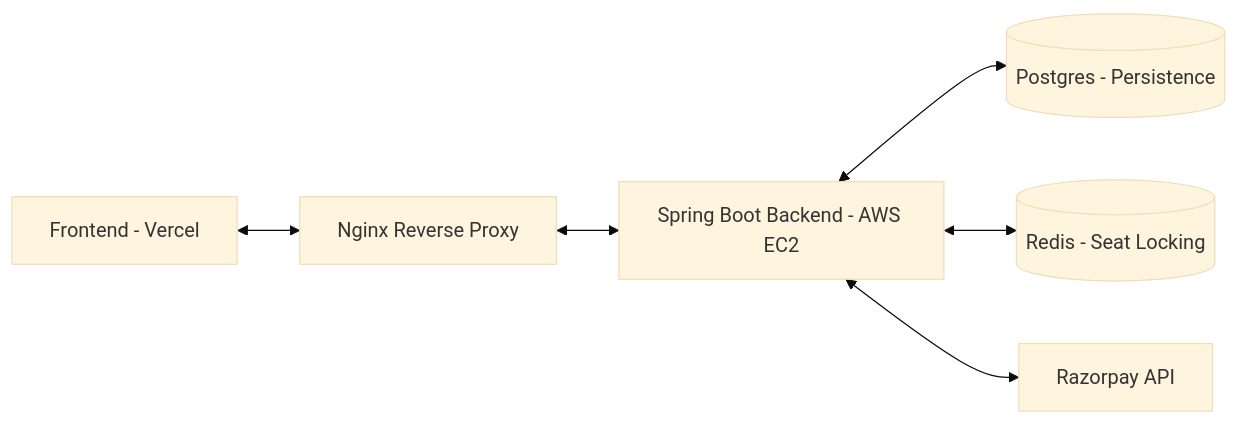
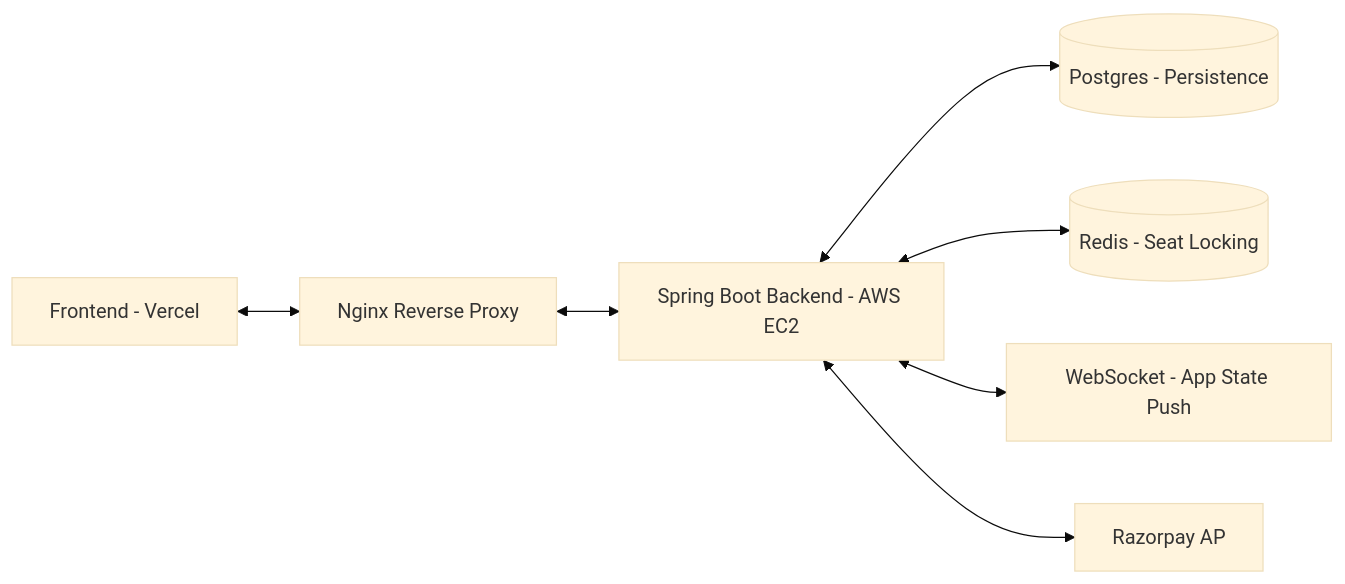
The diagram in README.md (simplyhemant/simplyCinema), drawn with Mermaid (base theme) before and after one commit. The commit also changed other lines of this file, not shown here.

````diff
--- a/README.md
+++ b/README.md
@@ -41,8 +41,9 @@
 ```mermaid
 graph LR
     A[Frontend - Vercel] <--> B[Nginx Reverse Proxy]
     B <--> C[Spring Boot Backend - AWS EC2]
     C <--> D[(Postgres - Persistence)]
     C <--> E[(Redis - Seat Locking)]
-    C <--> F[Razorpay API]
+    C <--> G[WebSocket - App State Push]
+    C <--> F[Razorpay AP]
 ```
````
